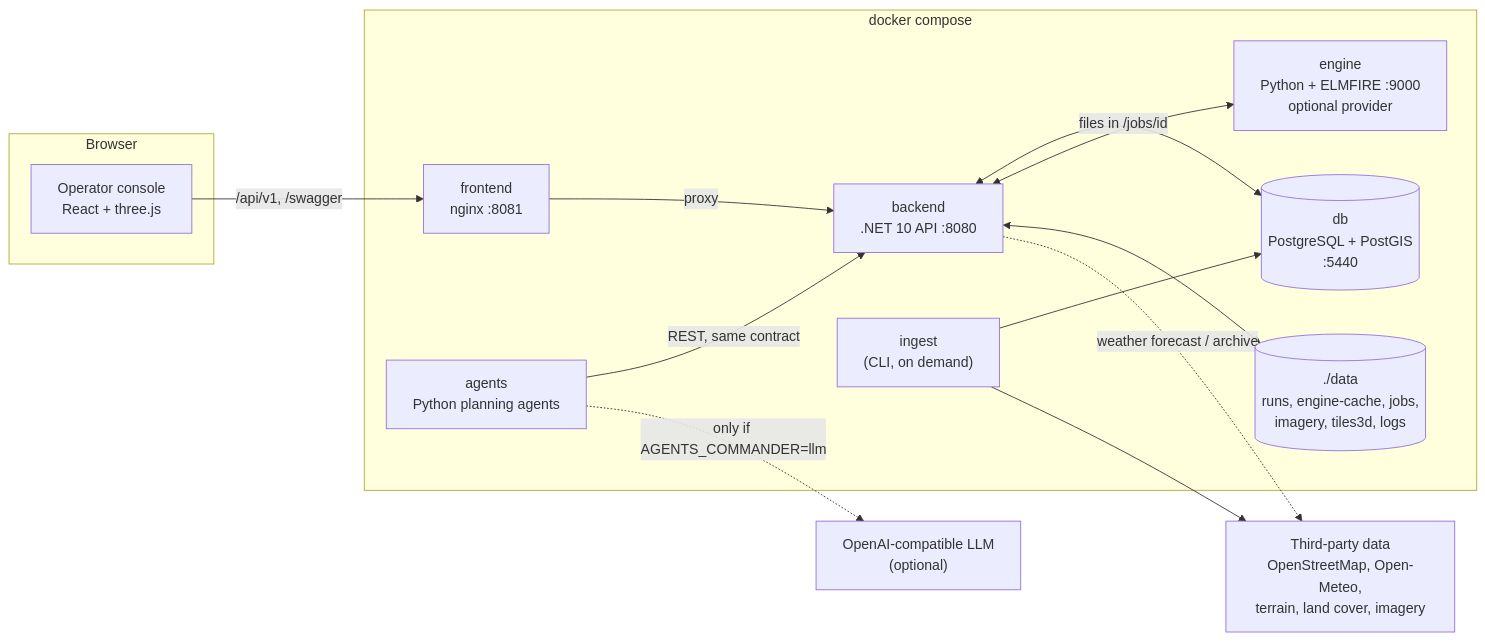
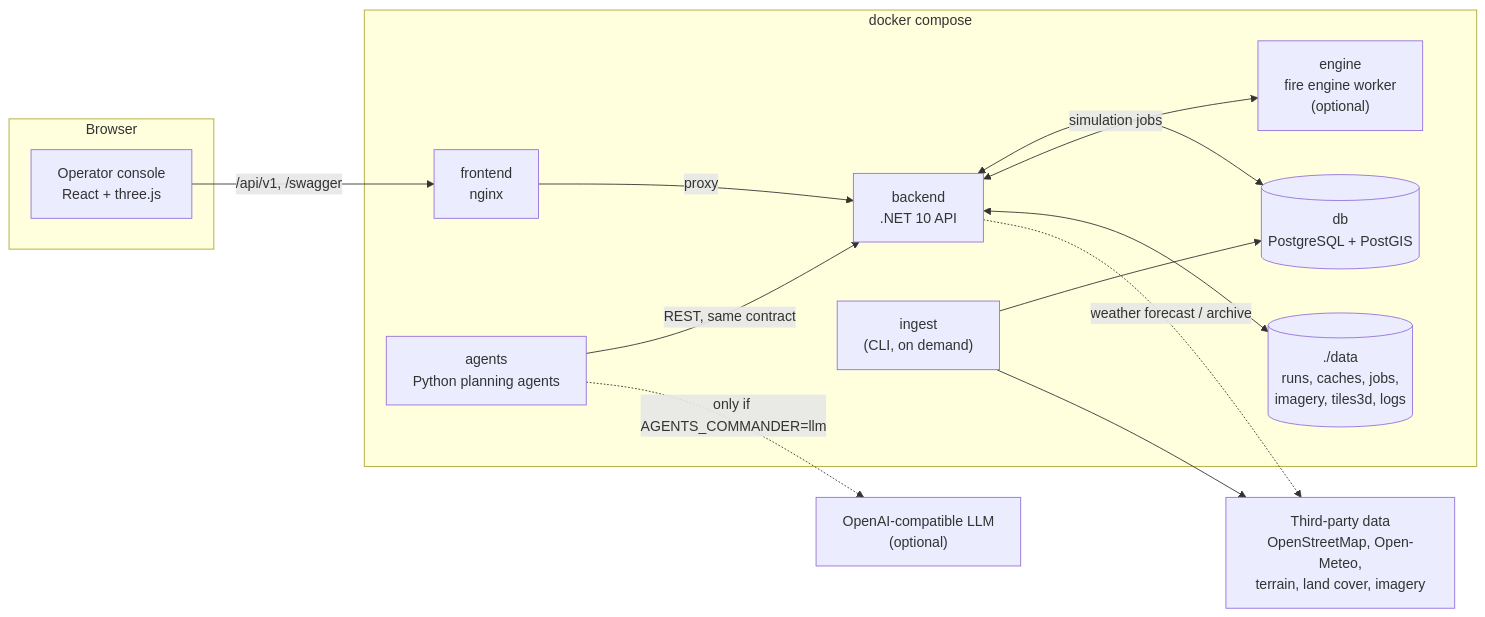
Before and after one commit to rodrigo0345/escudo_floriano: the first of 3 diagrams in docs/ARCHITECTURE.md, drawn with Mermaid. The commit also changed other lines of this file, not shown here.

First line of the commit message:
docs: simpler architecture diagram, plan life-cycle labelled with the operator's actions, agents section updated

````diff
--- a/docs/ARCHITECTURE.md
+++ b/docs/ARCHITECTURE.md
@@ -56,28 +56,28 @@
 ```mermaid
 flowchart LR
     subgraph Browser
         UI["Operator console<br/>React + three.js"]
     end
     subgraph "docker compose"
-        NGINX["frontend<br/>nginx :8081"]
-        API["backend<br/>.NET 10 API :8080"]
-        DB[("db<br/>PostgreSQL + PostGIS<br/>:5440")]
-        ENG["engine<br/>Python + ELMFIRE :9000<br/>optional provider"]
+        NGINX["frontend<br/>nginx"]
+        API["backend<br/>.NET 10 API"]
+        DB[("db<br/>PostgreSQL + PostGIS")]
+        ENG["engine<br/>fire engine worker<br/>(optional)"]
         AG["agents<br/>Python planning agents"]
         ING["ingest<br/>(CLI, on demand)"]
-        FILES[("./data<br/>runs, engine-cache, jobs,<br/>imagery, tiles3d, logs")]
+        FILES[("./data<br/>runs, caches, jobs,<br/>imagery, tiles3d, logs")]
     end
     EXT["Third-party data<br/>OpenStreetMap, Open-Meteo,<br/>terrain, land cover, imagery"]
     LLM["OpenAI-compatible LLM<br/>(optional)"]
 
     UI -->|"/api/v1, /swagger"| NGINX
     NGINX -->|proxy| API
     API <--> DB
-    API <-->|"files in /jobs/id"| ENG
+    API <-->|"simulation jobs"| ENG
     API <--> FILES
     AG -->|"REST, same contract"| API
     AG -.->|"only if AGENTS_COMMANDER=llm"| LLM
     ING --> DB
     ING --> EXT
     API -.->|"weather forecast / archive"| EXT
 ```
````
